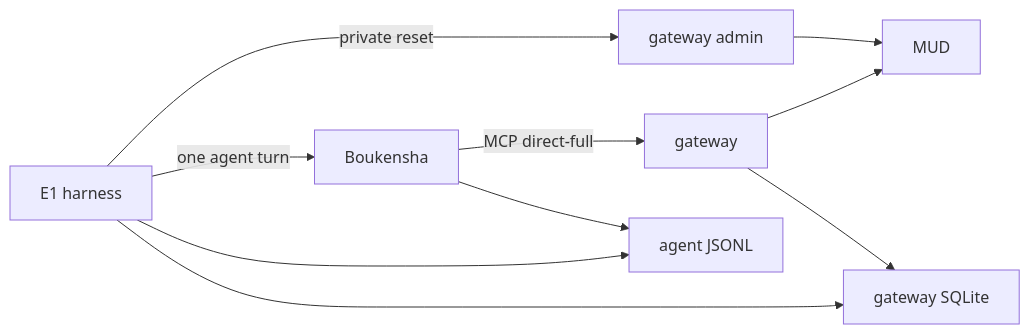
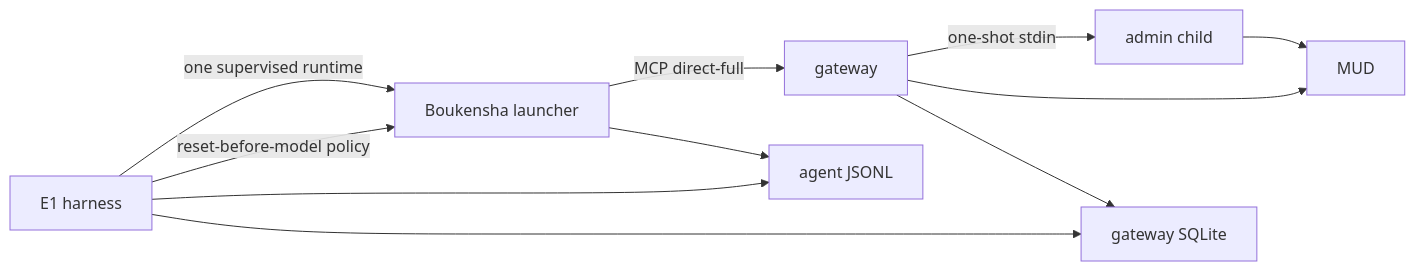
The diagram in week2_capable/benchmark/README.md (IbnouT/claude-code-camp-2026-Q2), drawn with Mermaid before and after one commit. The commit also changed other lines of this file and 36 other files, not shown here.

````diff
--- a/week2_capable/benchmark/README.md
+++ b/week2_capable/benchmark/README.md
@@ -6,12 +6,13 @@
 ```mermaid
 flowchart LR
-    B["E1 harness"] -->|"private reset"| A["gateway admin"]
-    B -->|"one agent turn"| P["Boukensha"]
+    B["E1 harness"] -->|"one supervised runtime"| P["Boukensha launcher"]
     P -->|"MCP direct-full"| G["gateway"]
+    B -->|"reset-before-model policy"| P
+    G -->|"one-shot stdin"| A["admin child"]
     A --> M["MUD"]
     G --> M
     P --> L["agent JSONL"]
     G --> J["gateway SQLite"]
     B --> L
     B --> J
 ```
````
